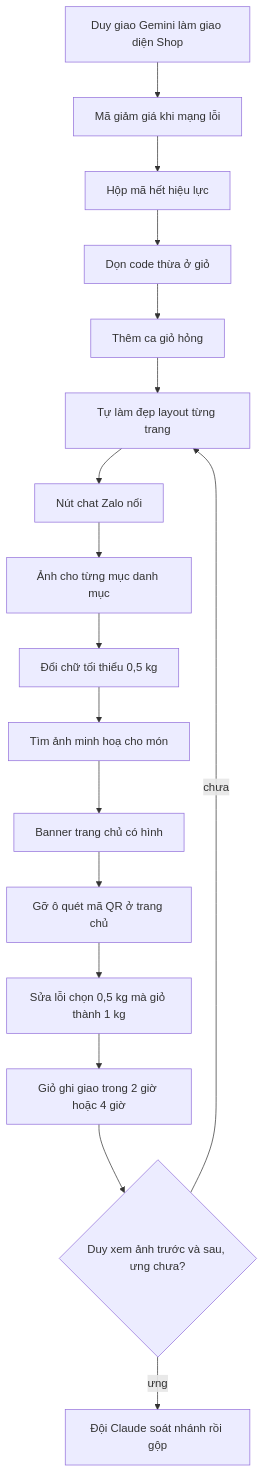
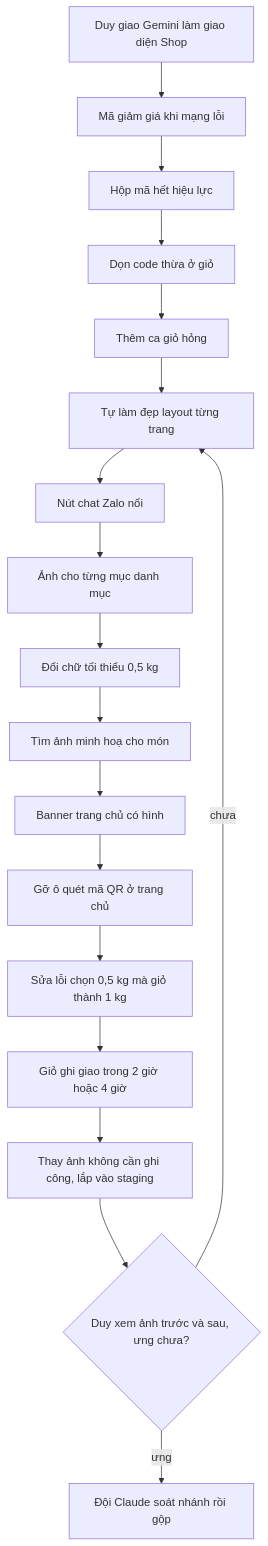
One commit to DuyduyFedev46/fish changed the diagram in doc/features/2026-11-11-shop-ui-gemini/02c-giao-viec.md. Above: the diagram before and after it, drawn with Mermaid. The commit also changed other lines of this file, not shown here.

Commit message:
Phiếu Gemini: thêm GUI-14 thay ảnh minh hoạ không cần ghi công và lắp vào Shop staging (Duy giao 15/11)

````diff
--- a/doc/features/2026-11-11-shop-ui-gemini/02c-giao-viec.md
+++ b/doc/features/2026-11-11-shop-ui-gemini/02c-giao-viec.md
@@ -3,19 +3,20 @@
 ```mermaid
 flowchart TD
   A["Duy giao Gemini làm giao diện Shop"] --> V1["Mã giảm giá khi mạng lỗi"]
   V1 --> V2["Hộp mã hết hiệu lực"]
   V2 --> V3["Dọn code thừa ở giỏ"]
   V3 --> V4["Thêm ca giỏ hỏng"]
   V4 --> V5["Tự làm đẹp layout từng trang"]
   V5 --> V6["Nút chat Zalo nổi"]
   V6 --> V7["Ảnh cho từng mục danh mục"]
   V7 --> V8["Đổi chữ tối thiểu 0,5 kg"]
   V8 --> V9["Tìm ảnh minh hoạ cho món"]
   V9 --> V10["Banner trang chủ có hình"]
   V10 --> V11["Gỡ ô quét mã QR ở trang chủ"]
   V11 --> V12["Sửa lỗi chọn 0,5 kg mà giỏ thành 1 kg"]
   V12 --> V13["Giỏ ghi giao trong 2 giờ hoặc 4 giờ"]
-  V13 --> D{"Duy xem ảnh trước và sau, ưng chưa?"}
+  V13 --> V14["Thay ảnh không cần ghi công, lắp vào staging"]
+  V14 --> D{"Duy xem ảnh trước và sau, ưng chưa?"}
   D -- "chưa" --> V5
   D -- "ưng" --> R["Đội Claude soát nhánh rồi gộp"]
 ```
````
